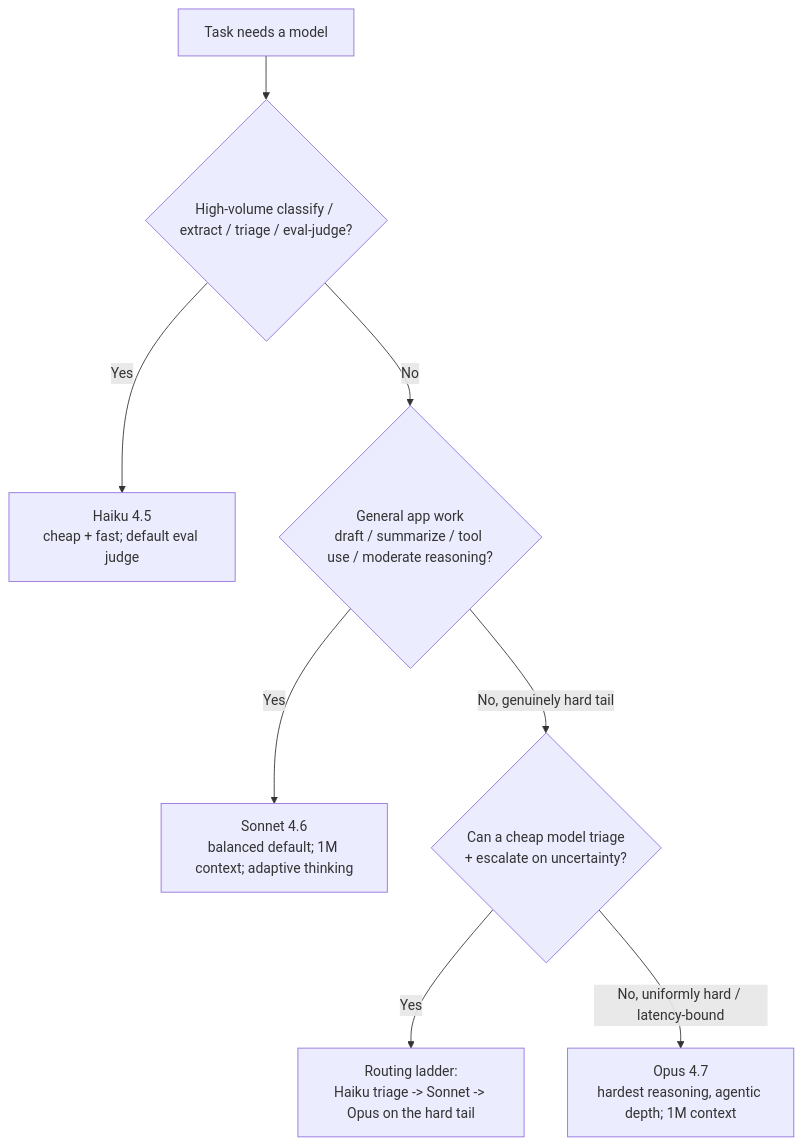
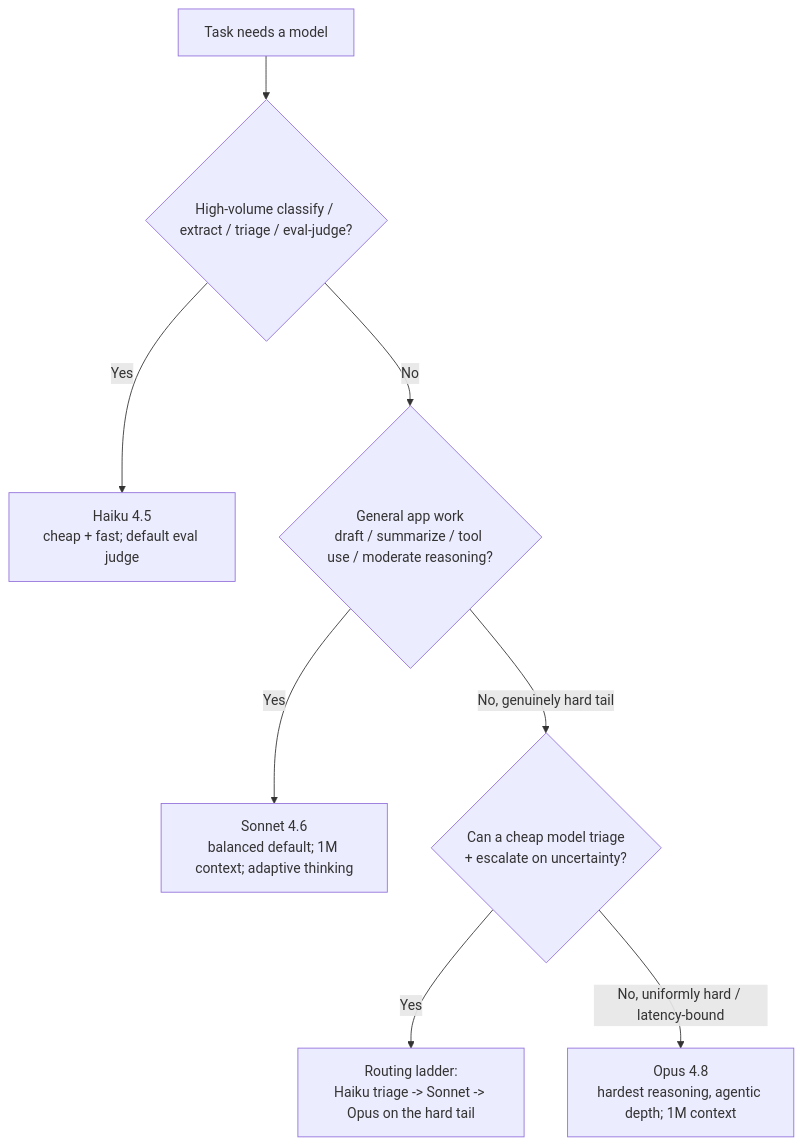
The first of 9 diagrams in plugins/claude-app-engineering/knowledge/claude-app-decision-trees.md (mcorbett51090/RavenClaude), drawn with Mermaid before and after one commit. The commit also changed other lines of this file and 12 other files, not shown here.

````diff
--- a/plugins/claude-app-engineering/knowledge/claude-app-decision-trees.md
+++ b/plugins/claude-app-engineering/knowledge/claude-app-decision-trees.md
@@ -18,10 +18,10 @@
 ```mermaid
 flowchart TD
     A[Task needs a model] --> V{High-volume classify / extract / triage / eval-judge?}
     V -->|Yes| HAIKU[Haiku 4.5<br/>cheap + fast; default eval judge]
     V -->|No| G{General app work<br/>draft / summarize / tool use / moderate reasoning?}
     G -->|Yes| SONNET[Sonnet 4.6<br/>balanced default; 1M context; adaptive thinking]
     G -->|No, genuinely hard tail| LADDER{Can a cheap model triage<br/>+ escalate on uncertainty?}
     LADDER -->|Yes| RUNG[Routing ladder:<br/>Haiku triage -> Sonnet -> Opus on the hard tail]
-    LADDER -->|No, uniformly hard / latency-bound| OPUS[Opus 4.7<br/>hardest reasoning, agentic depth; 1M context]
+    LADDER -->|No, uniformly hard / latency-bound| OPUS[Opus 4.8<br/>hardest reasoning, agentic depth; 1M context]
 ```
````
